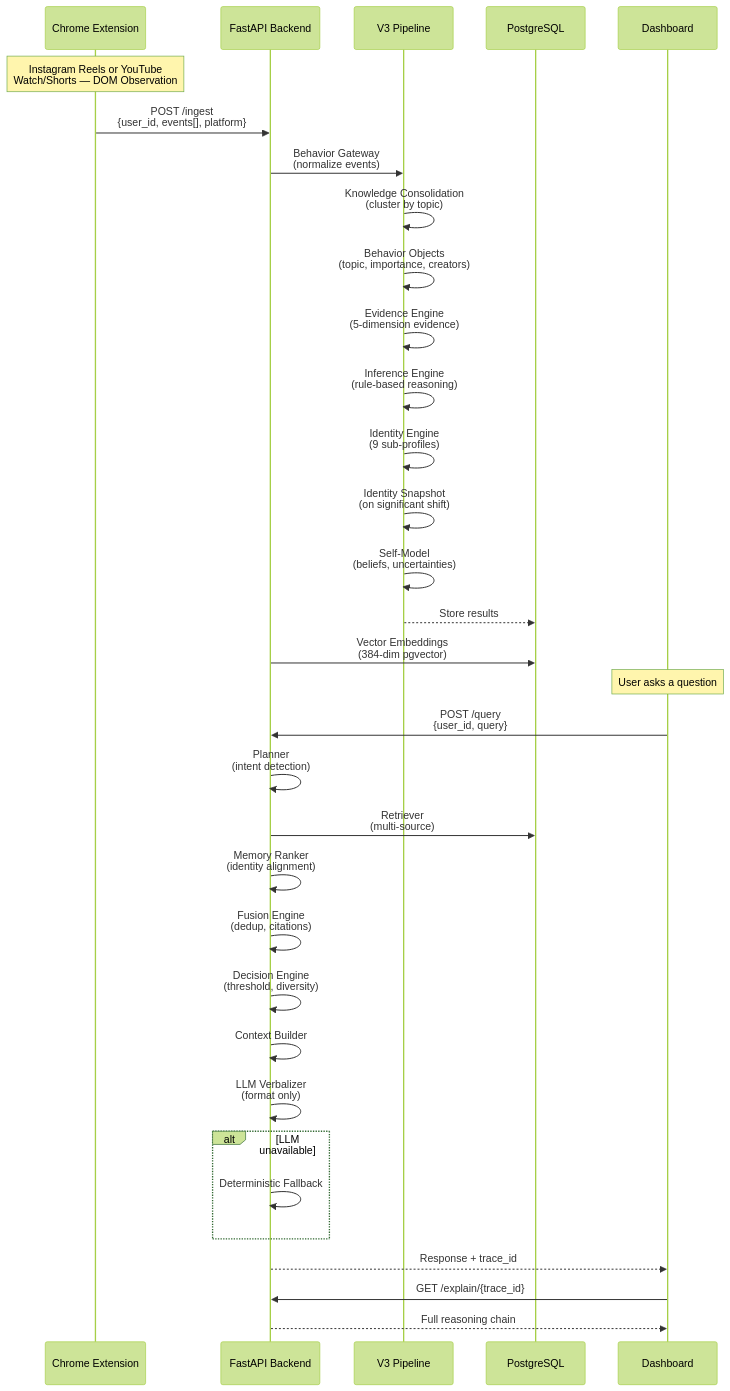
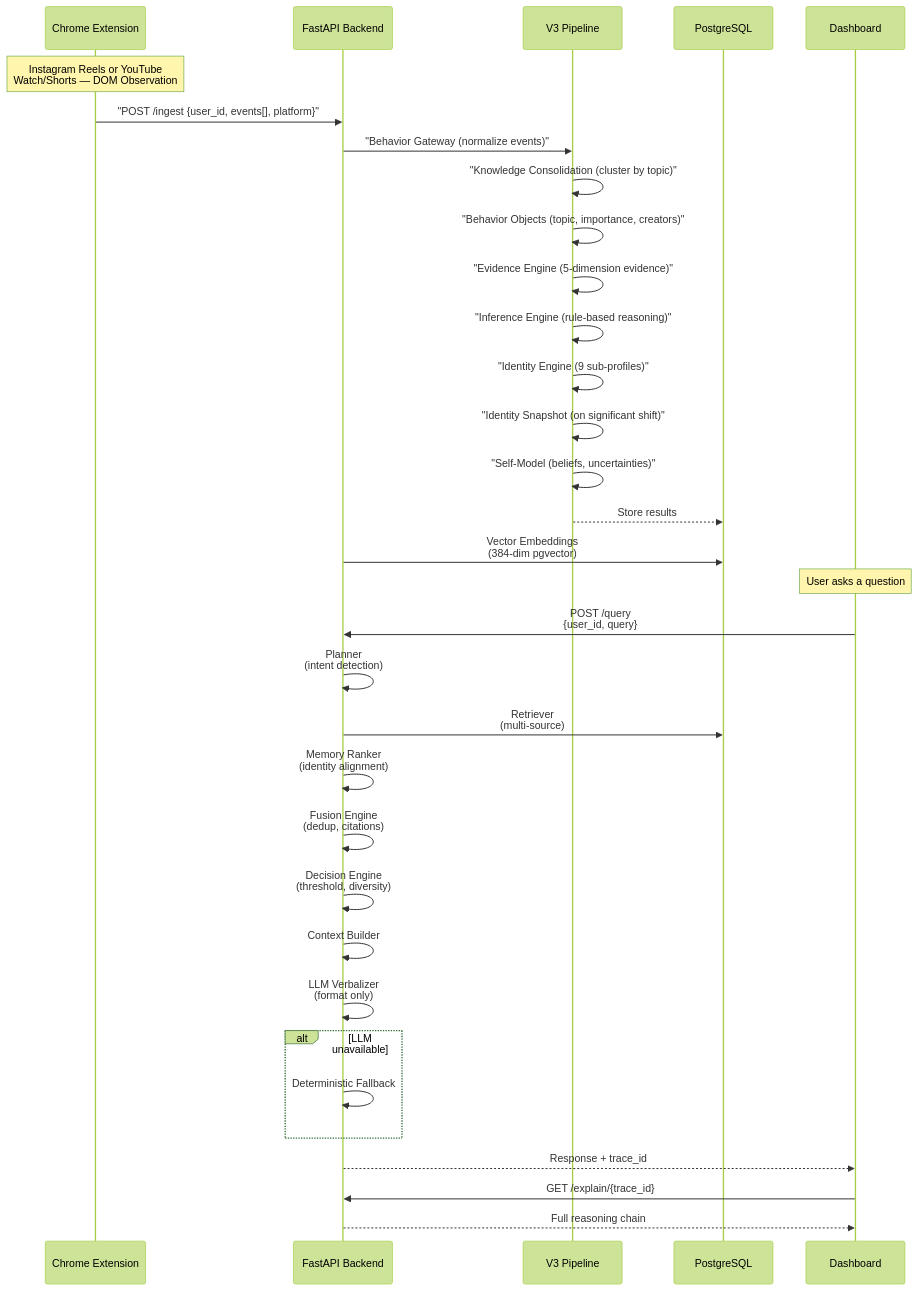
The second of 15 diagrams in README.md (cnniranjan72/AI-Mirror), drawn with Mermaid (forest theme) before and after one commit. The commit also changed other lines of this file, not shown here.

First line of the commit message:
fix: fix Mermaid diagram rendering issues

````diff
--- a/README.md
+++ b/README.md
@@ -140,47 +140,47 @@
 ```mermaid
 sequenceDiagram
     participant Ext as Chrome Extension
     participant API as FastAPI Backend
     participant PL as V3 Pipeline
     participant DB as PostgreSQL
     participant DS as Dashboard
 
     Note over Ext: Instagram Reels or YouTube<br/>Watch/Shorts — DOM Observation
 
-    Ext->>API: POST /ingest<br/>{user_id, events[], platform}
+    Ext->>API: "POST /ingest {user_id, events[], platform}"
 
-    API->>PL: Behavior Gateway<br/>(normalize events)
+    API->>PL: "Behavior Gateway (normalize events)"
 
-    PL->>PL: Knowledge Consolidation<br/>(cluster by topic)
-    PL->>PL: Behavior Objects<br/>(topic, importance, creators)
-    PL->>PL: Evidence Engine<br/>(5-dimension evidence)
-    PL->>PL: Inference Engine<br/>(rule-based reasoning)
-    PL->>PL: Identity Engine<br/>(9 sub-profiles)
+    PL->>PL: "Knowledge Consolidation (cluster by topic)"
+    PL->>PL: "Behavior Objects (topic, importance, creators)"
+    PL->>PL: "Evidence Engine (5-dimension evidence)"
+    PL->>PL: "Inference Engine (rule-based reasoning)"
+    PL->>PL: "Identity Engine (9 sub-profiles)"
 
-    PL->>PL: Identity Snapshot<br/>(on significant shift)
-    PL->>PL: Self-Model<br/>(beliefs, uncertainties)
+    PL->>PL: "Identity Snapshot (on significant shift)"
+    PL->>PL: "Self-Model (beliefs, uncertainties)"
 
     PL-->>DB: Store results
     API->>DB: Vector Embeddings<br/>(384-dim pgvector)
 
     Note over DS: User asks a question
 
     DS->>API: POST /query<br/>{user_id, query}
 
     API->>API: Planner<br/>(intent detection)
     API->>DB: Retriever<br/>(multi-source)
     API->>API: Memory Ranker<br/>(identity alignment)
     API->>API: Fusion Engine<br/>(dedup, citations)
     API->>API: Decision Engine<br/>(threshold, diversity)
     API->>API: Context Builder
     API->>API: LLM Verbalizer<br/>(format only)
 
     alt LLM unavailable
         API->>API: Deterministic Fallback
     end
 
     API-->>DS: Response + trace_id
 
     DS->>API: GET /explain/{trace_id}
     API-->>DS: Full reasoning chain
 ```
````
